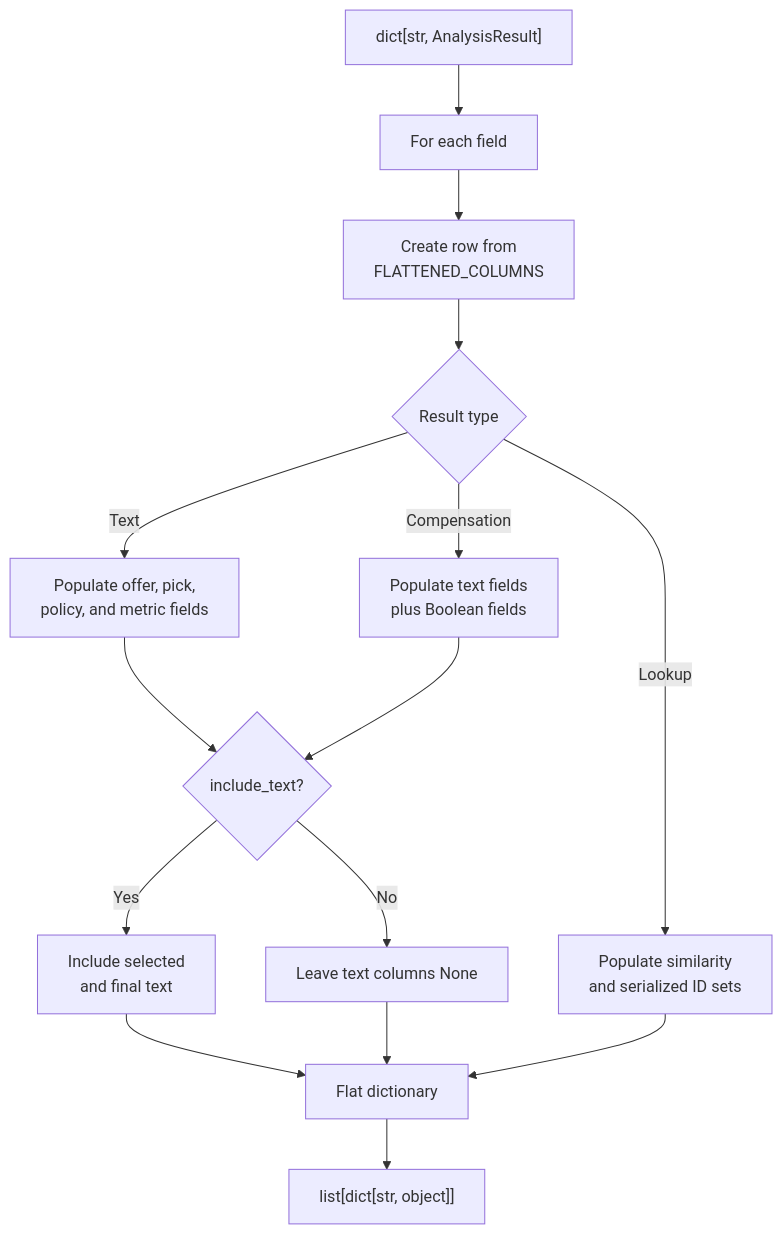
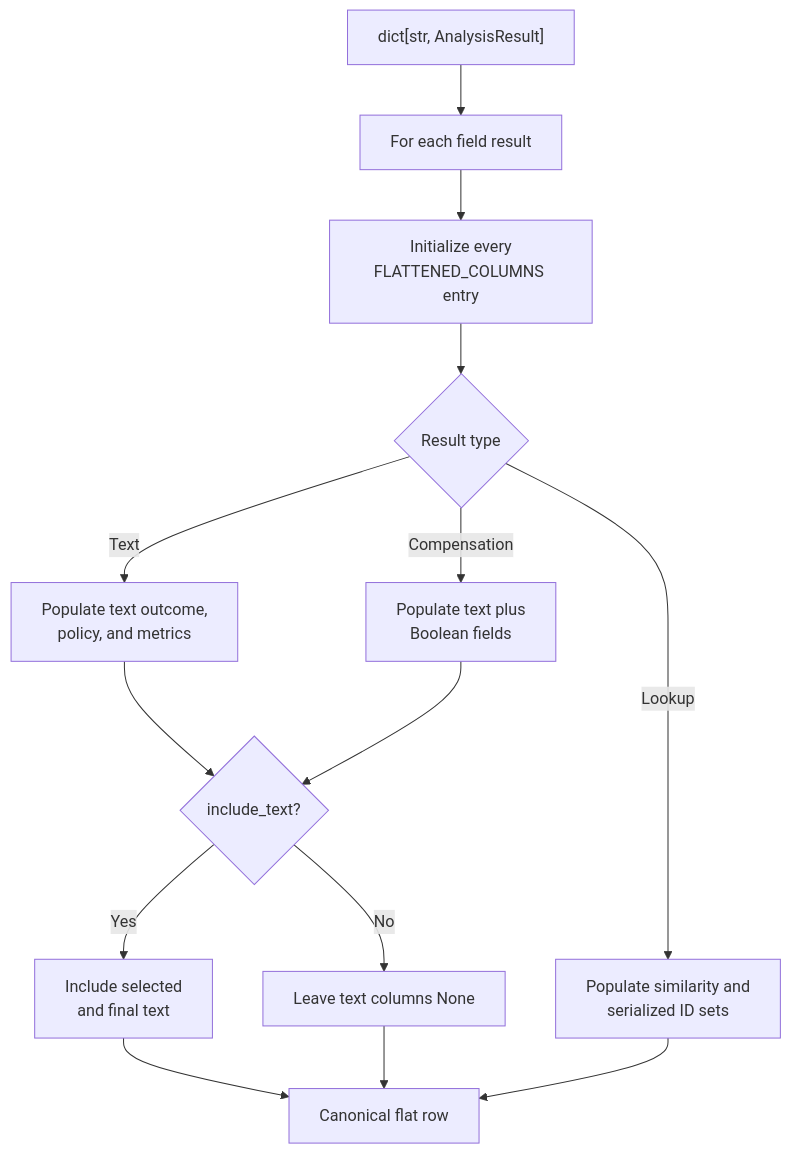
One commit to umich-michr/michr-scripts changed the seventh of 7 diagrams in python/packages/study-posting-ai-analysis/docs/program-flow.md. Above: the diagram before and after it, drawn with Mermaid. The commit also changed other lines of this file, not shown here.

Commit message:
docs(analysis): streamline control-flow guide

````diff
--- a/python/packages/study-posting-ai-analysis/docs/program-flow.md
+++ b/python/packages/study-posting-ai-analysis/docs/program-flow.md
@@ -425,24 +333,22 @@
 ```mermaid
 flowchart TB
     RESULTS["dict[str, AnalysisResult]"]
-    EACH["For each field"]
-    TEMPLATE["Create row from<br/>FLATTENED_COLUMNS"]
-    KIND{"Result type"}
+    EACH["For each field result"]
+    TEMPLATE["Initialize every<br/>FLATTENED_COLUMNS entry"]
+    TYPE{"Result type"}
 
-    RESULTS --> EACH --> TEMPLATE --> KIND
+    RESULTS --> EACH --> TEMPLATE --> TYPE
 
-    KIND -->|Text| TEXT["Populate offer, pick,<br/>policy, and metric fields"]
-    KIND -->|Compensation| COMP["Populate text fields<br/>plus Boolean fields"]
-    KIND -->|Lookup| LOOKUP["Populate similarity<br/>and serialized ID sets"]
+    TYPE -->|Text| TEXT["Populate text outcome,<br/>policy, and metrics"]
+    TYPE -->|Compensation| COMP["Populate text plus<br/>Boolean fields"]
+    TYPE -->|Lookup| LOOKUP["Populate similarity and<br/>serialized ID sets"]
 
     TEXT --> PRIVACY{"include_text?"}
     COMP --> PRIVACY
     PRIVACY -->|Yes| INCLUDE["Include selected<br/>and final text"]
     PRIVACY -->|No| OMIT["Leave text columns None"]
 
-    INCLUDE --> ROW["Flat dictionary"]
+    INCLUDE --> ROW["Canonical flat row"]
     OMIT --> ROW
     LOOKUP --> ROW
-
-    ROW --> OUTPUT["list[dict[str, object]]"]
 ```
````
